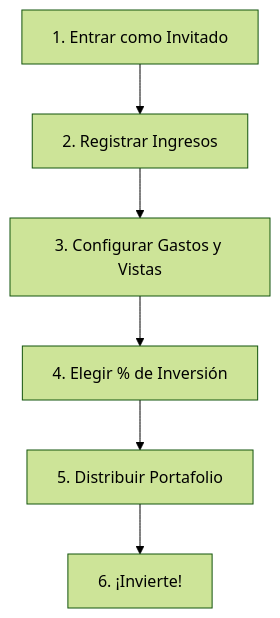
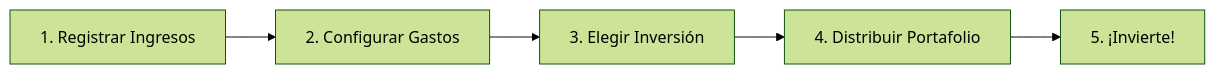
The diagram in README.md (forod/money-to-invest), drawn with Mermaid (forest theme) before and after one commit. The commit also changed other lines of this file, not shown here.

Commit message:
docs: simplificar flujo de usuario en horizontal y moverlo al final del README

````diff
--- a/README.md
+++ b/README.md
@@ -11,8 +43,4 @@
 ```mermaid
-graph TD
-    A[1. Entrar como Invitado] --> B[2. Registrar Ingresos]
-    B --> C[3. Configurar Gastos y Vistas]
-    C --> D[4. Elegir % de Inversión]
-    D --> E[5. Distribuir Portafolio]
-    E --> F[6. ¡Invierte!]
+graph LR
+    A[1. Registrar Ingresos] --> B[2. Configurar Gastos] --> C[3. Elegir Inversión] --> D[4. Distribuir Portafolio] --> E[5. ¡Invierte!]
 ```
````
